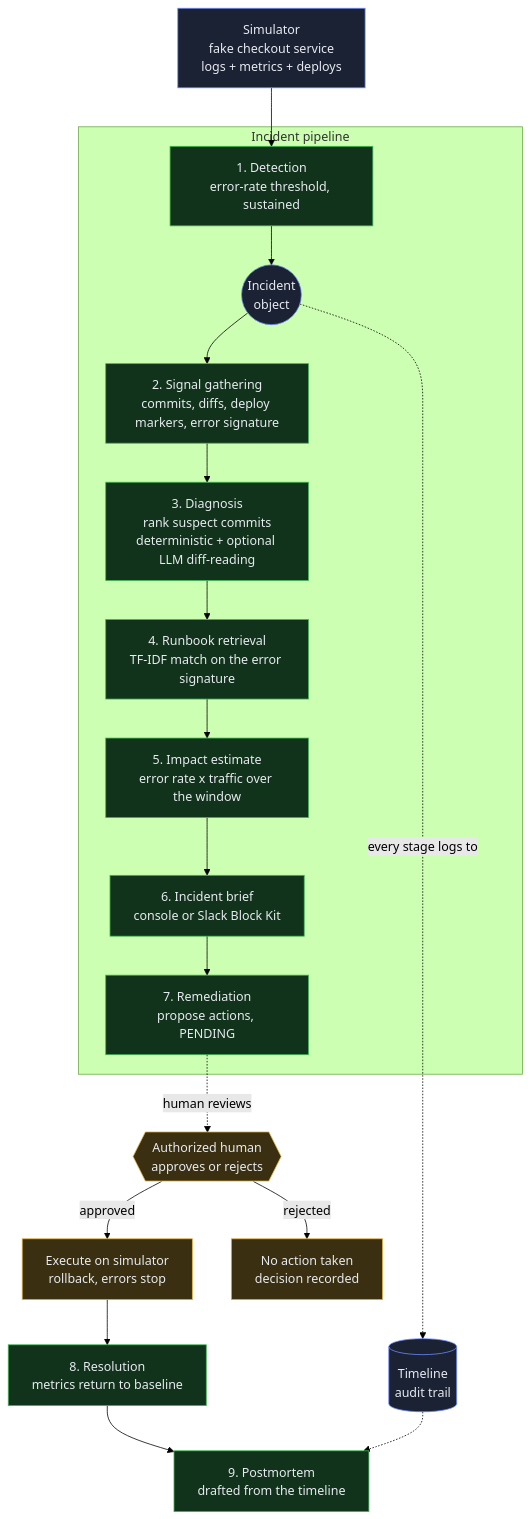
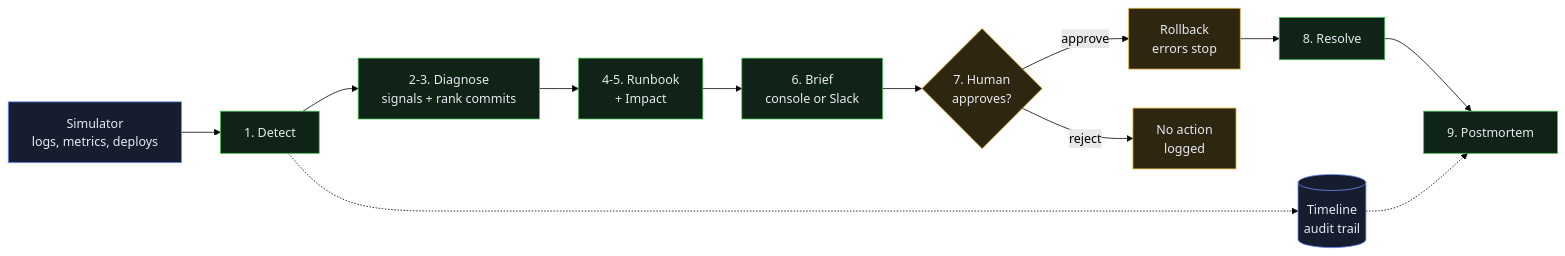
One commit to Vaishh09/bisect changed the diagram in README.md. Above: the diagram before and after it, drawn with Mermaid (forest theme). The commit also changed other lines of this file, not shown here.

Commit message:
Horizontal architecture diagram, cleaner layout

````diff
--- a/README.md
+++ b/README.md
@@ -21,30 +21,22 @@
 ```mermaid
-flowchart TD
-    SIM["Simulator<br/>fake checkout service<br/>logs + metrics + deploys"] --> DET
+flowchart LR
+    SIM["Simulator<br/>logs, metrics, deploys"]:::core
 
-    subgraph LOOP [Incident pipeline]
-        DET["1. Detection<br/>error-rate threshold, sustained"] --> INC(("Incident<br/>object"))
-        INC --> SIG["2. Signal gathering<br/>commits, diffs, deploy markers, error signature"]
-        SIG --> DIAG["3. Diagnosis<br/>rank suspect commits<br/>deterministic + optional LLM diff-reading"]
-        DIAG --> RB["4. Runbook retrieval<br/>TF-IDF match on the error signature"]
-        RB --> IMP["5. Impact estimate<br/>error rate x traffic over the window"]
-        IMP --> BRIEF["6. Incident brief<br/>console or Slack Block Kit"]
-        BRIEF --> REM["7. Remediation<br/>propose actions, PENDING"]
-    end
+    SIM --> DET["1. Detect"]:::done
+    DET --> DIAG["2-3. Diagnose<br/>signals + rank commits"]:::done
+    DIAG --> RB["4-5. Runbook<br/>+ Impact"]:::done
+    RB --> BRIEF["6. Brief<br/>console or Slack"]:::done
+    BRIEF --> GATE{"7. Human<br/>approves?"}:::human
 
-    REM -.->|"human reviews"| HUMAN{{"Authorized human<br/>approves or rejects"}}
-    HUMAN -->|"approved"| EXEC["Execute on simulator<br/>rollback, errors stop"]
-    HUMAN -->|"rejected"| NOOP["No action taken<br/>decision recorded"]
-    EXEC --> RES["8. Resolution<br/>metrics return to baseline"]
-    RES --> PM["9. Postmortem<br/>drafted from the timeline"]
+    GATE -->|approve| FIX["Rollback<br/>errors stop"]:::human
+    GATE -->|reject| STOP["No action<br/>logged"]:::human
+    FIX --> RES["8. Resolve"]:::done
+    RES --> PM["9. Postmortem"]:::done
 
-    INC -.->|"every stage logs to"| TL[("Timeline<br/>audit trail")]
+    DET -.-> TL[("Timeline<br/>audit trail")]:::core
     TL -.-> PM
 
-    classDef done fill:#12331b,stroke:#3FB950,color:#E7EAF0;
-    classDef human fill:#3a2f10,stroke:#E3B341,color:#E7EAF0;
-    classDef core fill:#1a2233,stroke:#6E8BFF,color:#E7EAF0;
-    class DET,SIG,DIAG,RB,IMP,BRIEF,REM,RES,PM done;
-    class HUMAN,EXEC,NOOP human;
-    class INC,TL,SIM core;
+    classDef done fill:#0f2417,stroke:#3FB950,color:#E7EAF0;
+    classDef human fill:#2e2610,stroke:#E3B341,color:#E7EAF0;
+    classDef core fill:#161d2e,stroke:#6E8BFF,color:#E7EAF0;
 ```
````
